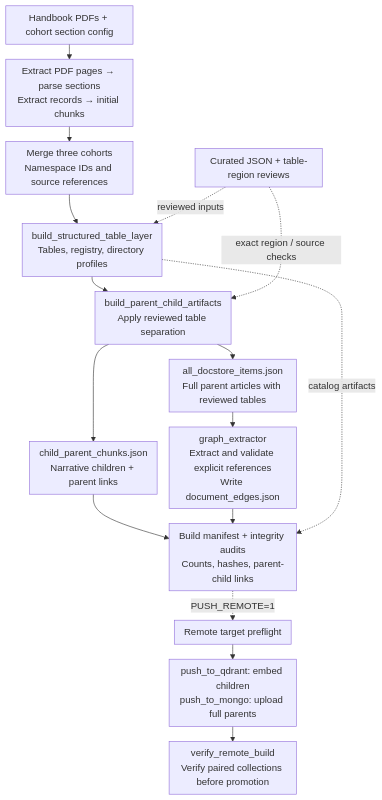
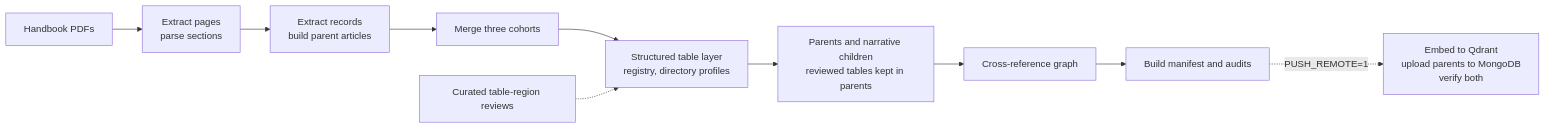
The second of 2 diagrams in README.md (AnhPhiNe/student-handbook-rag-chatbot), drawn with Mermaid before and after one commit. The commit also changed other lines of this file and 1 other file, not shown here.

````diff
--- a/README.md
+++ b/README.md
@@ -512,19 +124,12 @@
-~~~mermaid
-%%{init: {"flowchart": {"wrappingWidth": 180, "nodeSpacing": 20, "rankSpacing": 25, "padding": 8}}}%%
-flowchart TD
-    Sources["Handbook PDFs + cohort section config"] --> Parse["Extract PDF pages → parse sections<br/>Extract records → initial chunks"]
-    Parse --> Merge["Merge three cohorts<br/>Namespace IDs and source references"]
-    Merge --> Structured["build_structured_table_layer<br/>Tables, registry, directory profiles"]
-    Reviews["Curated JSON + table-region reviews"] -. reviewed inputs .-> Structured
-    Structured --> Split["build_parent_child_artifacts<br/>Apply reviewed table separation"]
-    Reviews -. exact region / source checks .-> Split
-    Split --> Parents["all_docstore_items.json<br/>Full parent articles with reviewed tables"]
-    Split --> Children["child_parent_chunks.json<br/>Narrative children + parent links"]
-    Parents --> Graph["graph_extractor<br/>Extract and validate explicit references<br/>Write document_edges.json"]
-    Children --> Audit["Build manifest + integrity audits<br/>Counts, hashes, parent-child links"]
-    Graph --> Audit
-    Structured -. catalog artifacts .-> Audit
-    Audit -. PUSH_REMOTE=1 .-> Preflight["Remote target preflight"]
-    Preflight --> Upload["push_to_qdrant: embed children<br/>push_to_mongo: upload full parents"]
-    Upload --> Verify["verify_remote_build<br/>Verify paired collections before promotion"]
-~~~
+```mermaid
+flowchart LR
+    PDF["Handbook PDFs"] --> Parse["Extract pages<br/>parse sections"]
+    Parse --> Records["Extract records<br/>build parent articles"]
+    Records --> Merge["Merge three cohorts"]
+    Merge --> Tables["Structured table layer<br/>registry, directory profiles"]
+    Reviews["Curated table-region reviews"] -.-> Tables
+    Tables --> Split["Parents and narrative children<br/>reviewed tables kept in parents"]
+    Split --> Graph["Cross-reference graph"]
+    Graph --> Manifest["Build manifest and audits"]
+    Manifest -.->|PUSH_REMOTE=1| Upload["Embed to Qdrant<br/>upload parents to MongoDB<br/>verify both"]
+```
````
